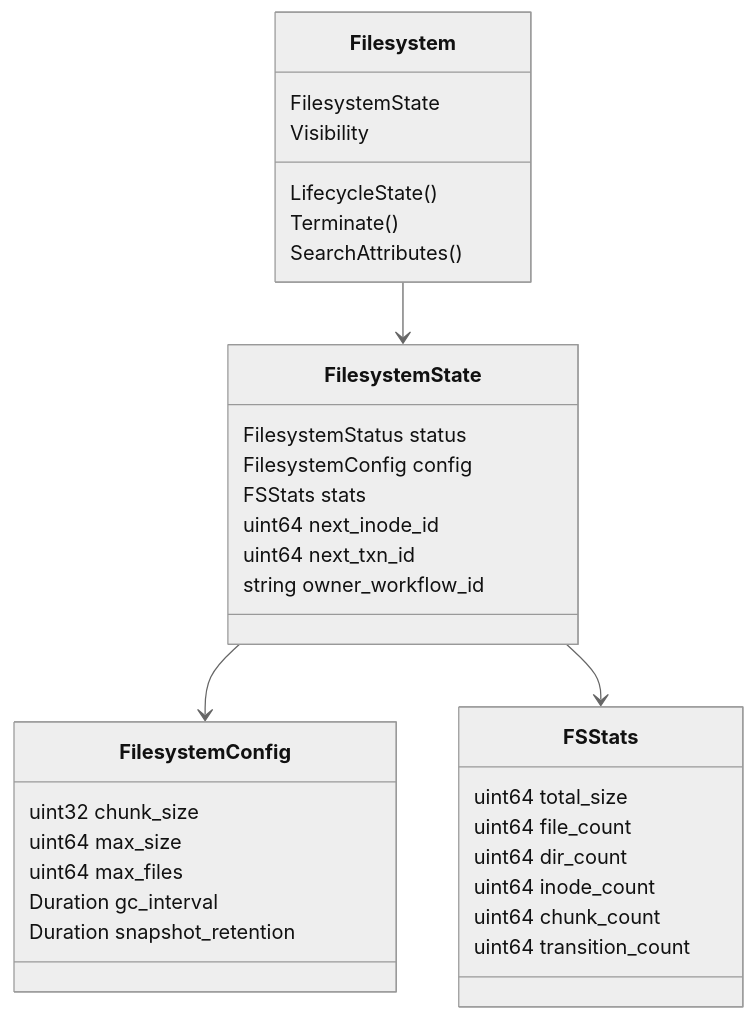
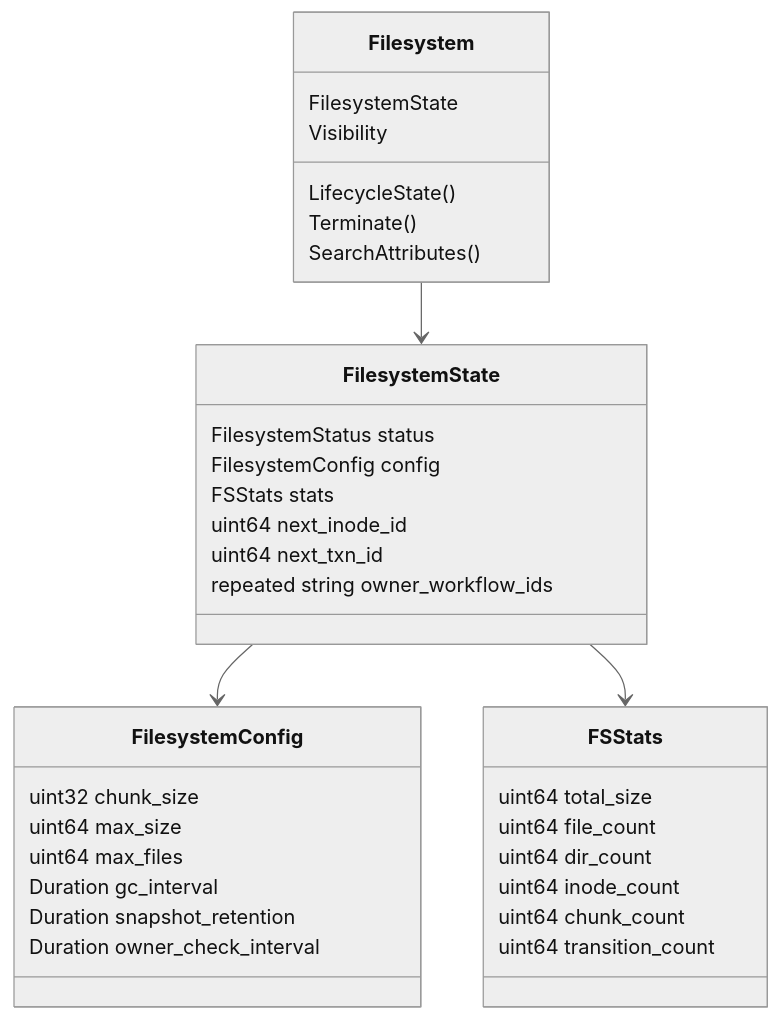
One commit to temporalio/temporal changed the first of 2 diagrams in docs/architecture/temporalfs.md. Above: the diagram before and after it, drawn with Mermaid (neutral theme). The commit also changed other lines of this file, not shown here.

````diff
--- a/docs/architecture/temporalfs.md
+++ b/docs/architecture/temporalfs.md
@@ -14,39 +14,40 @@
 ```mermaid
 classDiagram
     direction TB
 
     class Filesystem {
         FilesystemState
         Visibility
         LifecycleState()
         Terminate()
         SearchAttributes()
     }
     class FilesystemState {
         FilesystemStatus status
         FilesystemConfig config
         FSStats stats
         uint64 next_inode_id
         uint64 next_txn_id
-        string owner_workflow_id
+        repeated string owner_workflow_ids
     }
     class FilesystemConfig {
         uint32 chunk_size
         uint64 max_size
         uint64 max_files
         Duration gc_interval
         Duration snapshot_retention
+        Duration owner_check_interval
     }
     class FSStats {
         uint64 total_size
         uint64 file_count
         uint64 dir_count
         uint64 inode_count
         uint64 chunk_count
         uint64 transition_count
     }
 
     Filesystem --> FilesystemState
     FilesystemState --> FilesystemConfig
     FilesystemState --> FSStats
 ```
````
